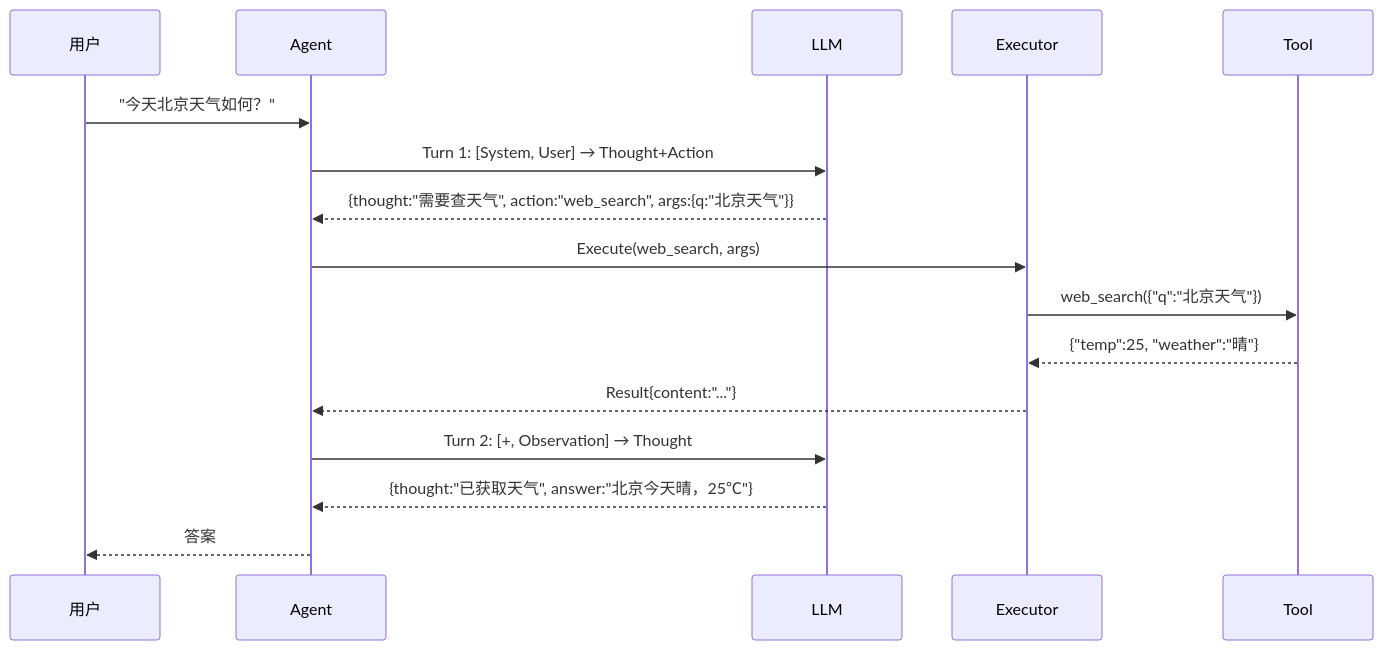
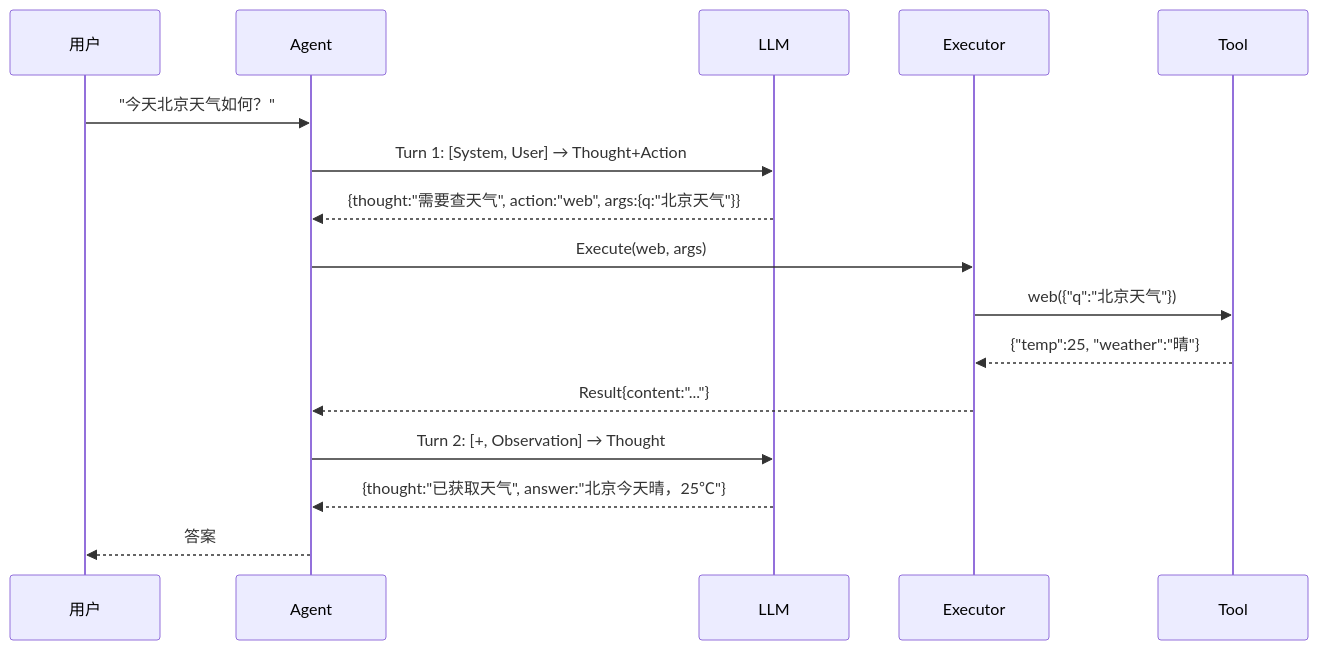
Before and after one commit to 1405451216/AgentPrimordia: the diagram in agentprimordia/docs/guide/react-loop.md, drawn with Mermaid. The commit also changed other lines of this file and 58 other files, not shown here.

````diff
--- a/agentprimordia/docs/guide/react-loop.md
+++ b/agentprimordia/docs/guide/react-loop.md
@@ -11,19 +11,19 @@
 ```mermaid
 sequenceDiagram
     participant U as 用户
     participant A as Agent
     participant L as LLM
     participant E as Executor
     participant T as Tool
 
     U->>A: "今天北京天气如何？"
     A->>L: Turn 1: [System, User] → Thought+Action
-    L-->>A: {thought:"需要查天气", action:"web_search", args:{q:"北京天气"}}
-    A->>E: Execute(web_search, args)
-    E->>T: web_search({"q":"北京天气"})
+    L-->>A: {thought:"需要查天气", action:"web", args:{q:"北京天气"}}
+    A->>E: Execute(web, args)
+    E->>T: web({"q":"北京天气"})
     T-->>E: {"temp":25, "weather":"晴"}
     E-->>A: Result{content:"..."}
     A->>L: Turn 2: [+, Observation] → Thought
     L-->>A: {thought:"已获取天气", answer:"北京今天晴，25℃"}
     A-->>U: 答案
 ```
````
